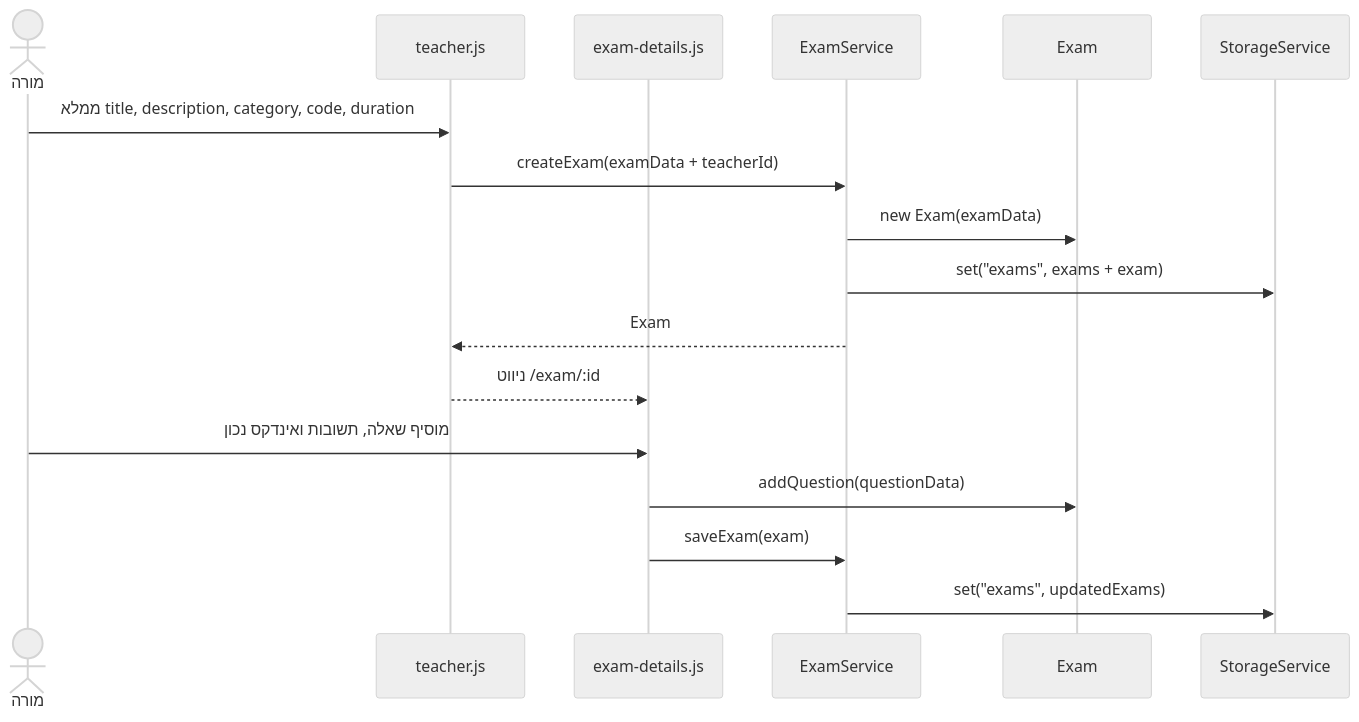
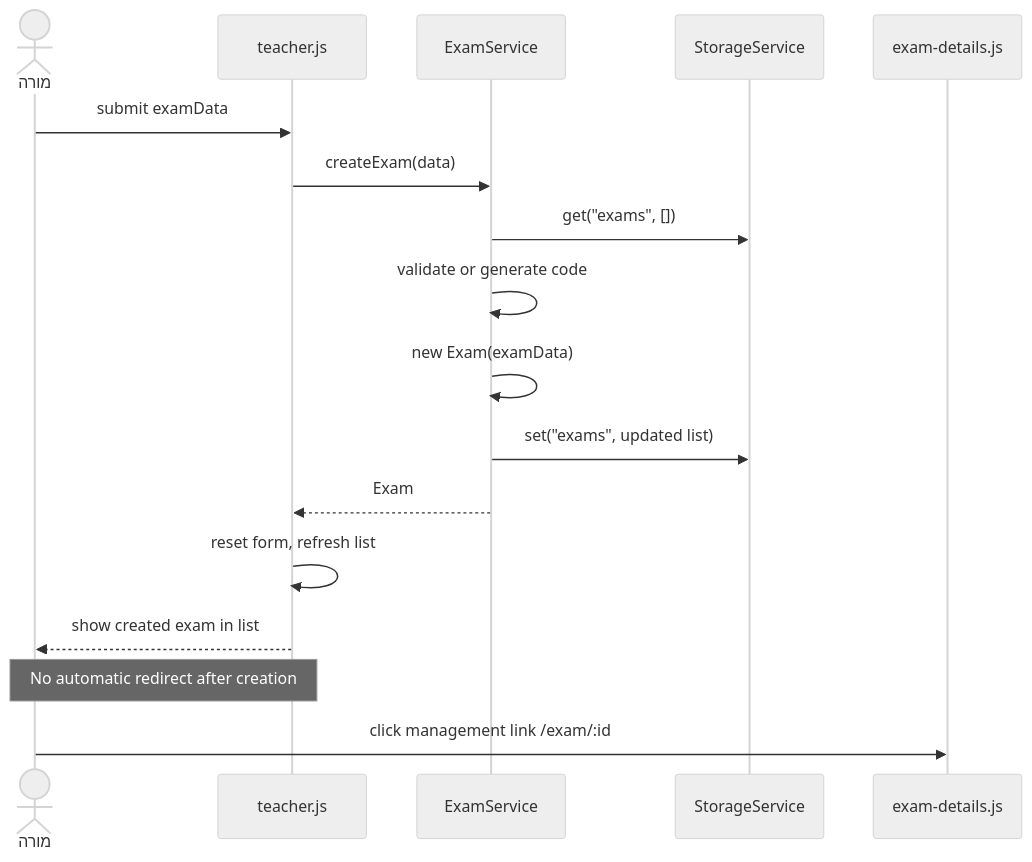
The sixth of 11 diagrams in TECHNICAL_DOCUMENT.md (ebraheem222-tech/QuizProj), drawn with Mermaid (neutral theme) before and after one commit. The commit also changed other lines of this file and 7 other files, not shown here.

Commit message:
Correct and verify system flow documentation

````diff
--- a/TECHNICAL_DOCUMENT.md
+++ b/TECHNICAL_DOCUMENT.md
@@ -317,20 +397,20 @@
 ```mermaid
 sequenceDiagram
   actor Teacher as מורה
   participant TeacherPage as teacher.js
+  participant Exams as ExamService
+  participant Storage as StorageService
   participant DetailsPage as exam-details.js
-  participant ExamService
-  participant ExamModel as Exam
-  participant Storage as StorageService
 
-  Teacher->>TeacherPage: ממלא title, description, category, code, duration
-  TeacherPage->>ExamService: createExam(examData + teacherId)
-  ExamService->>ExamModel: new Exam(examData)
-  ExamService->>Storage: set("exams", exams + exam)
-  ExamService-->>TeacherPage: Exam
-  TeacherPage-->>DetailsPage: ניווט /exam/:id
-  Teacher->>DetailsPage: מוסיף שאלה, תשובות ואינדקס נכון
-  DetailsPage->>ExamModel: addQuestion(questionData)
-  DetailsPage->>ExamService: saveExam(exam)
-  ExamService->>Storage: set("exams", updatedExams)
+  Teacher->>TeacherPage: submit examData
+  TeacherPage->>Exams: createExam(data)
+  Exams->>Storage: get("exams", [])
+  Exams->>Exams: validate or generate code
+  Exams->>Exams: new Exam(examData)
+  Exams->>Storage: set("exams", updated list)
+  Exams-->>TeacherPage: Exam
+  TeacherPage->>TeacherPage: reset form, refresh list
+  TeacherPage-->>Teacher: show created exam in list
+  Note over TeacherPage,Teacher: No automatic redirect after creation
+  Teacher->>DetailsPage: click management link /exam/:id
 ```
````
